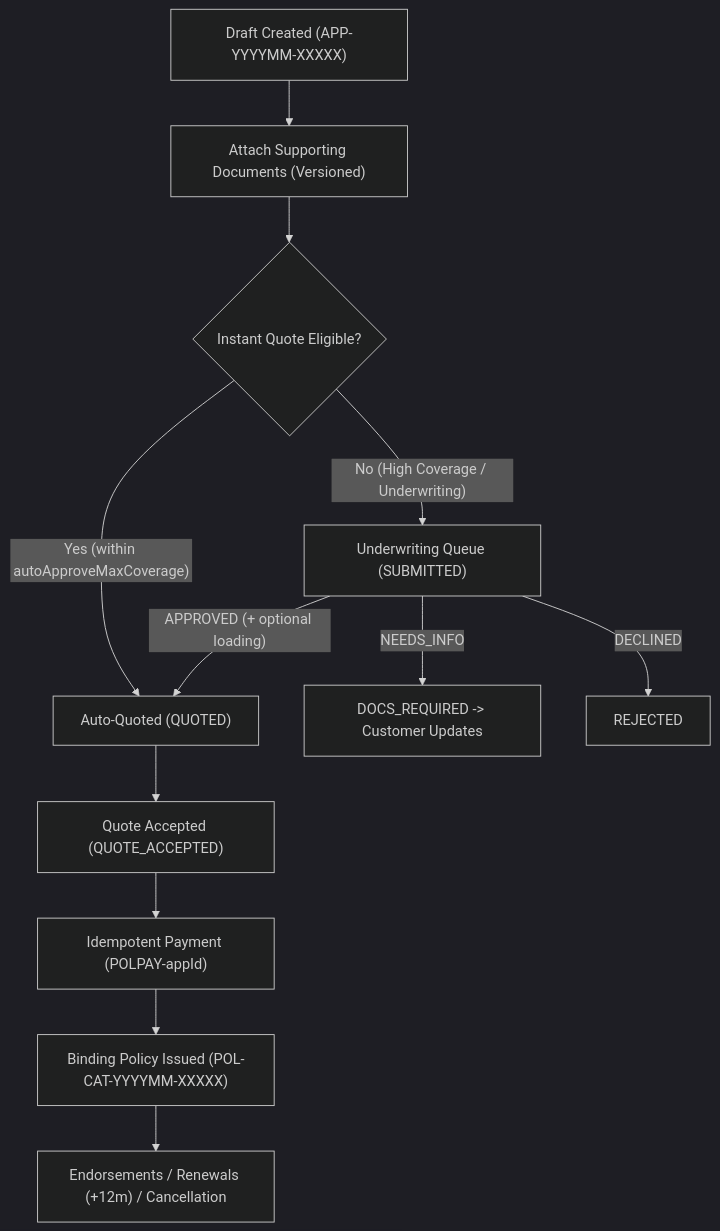
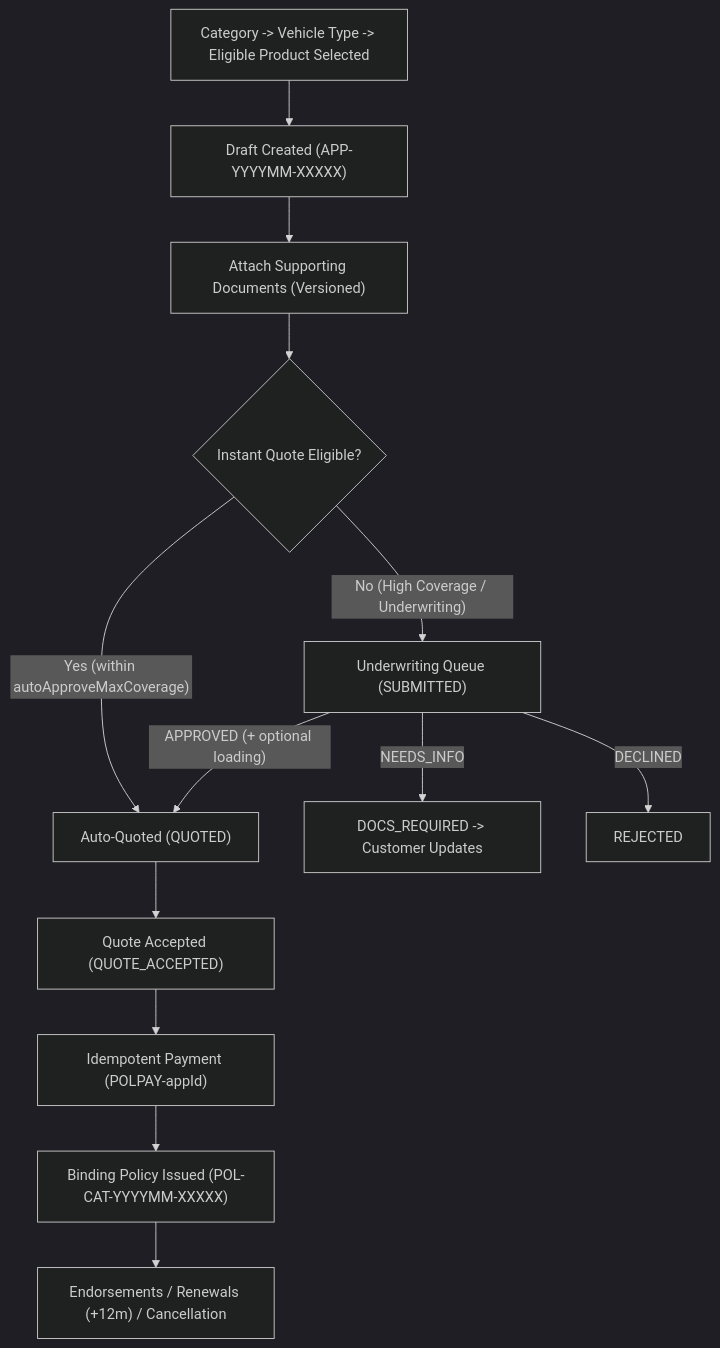
The third of 3 diagrams in docs/ARCHITECTURE.md (Bansi1510/OmniClaim), drawn with Mermaid (dark theme) before and after one commit. The commit also changed other lines of this file and 24 other files, not shown here.

````diff
--- a/docs/ARCHITECTURE.md
+++ b/docs/ARCHITECTURE.md
@@ -68,14 +91,15 @@
 ```mermaid
 flowchart TD
-    A["Draft Created (APP-YYYYMM-XXXXX)"] --> B["Attach Supporting Documents (Versioned)"]
-    B --> C{"Instant Quote Eligible?"}
-    C -->|"Yes (within autoApproveMaxCoverage)"| D["Auto-Quoted (QUOTED)"]
-    C -->|"No (High Coverage / Underwriting)"| E["Underwriting Queue (SUBMITTED)"]
-    E -->|"APPROVED (+ optional loading)"| D
-    E -->|"NEEDS_INFO"| F["DOCS_REQUIRED -> Customer Updates"]
-    E -->|"DECLINED"| G["REJECTED"]
-    D --> H["Quote Accepted (QUOTE_ACCEPTED)"]
-    H --> I["Idempotent Payment (POLPAY-appId)"]
-    I --> J["Binding Policy Issued (POL-CAT-YYYYMM-XXXXX)"]
-    J --> K["Endorsements / Renewals (+12m) / Cancellation"]
+    A["Category -> Vehicle Type -> Eligible Product Selected"] --> B["Draft Created (APP-YYYYMM-XXXXX)"]
+    B --> C["Attach Supporting Documents (Versioned)"]
+    C --> D{"Instant Quote Eligible?"}
+    D -->|"Yes (within autoApproveMaxCoverage)"| E["Auto-Quoted (QUOTED)"]
+    D -->|"No (High Coverage / Underwriting)"| F["Underwriting Queue (SUBMITTED)"]
+    F -->|"APPROVED (+ optional loading)"| E
+    F -->|"NEEDS_INFO"| G["DOCS_REQUIRED -> Customer Updates"]
+    F -->|"DECLINED"| H["REJECTED"]
+    E --> I["Quote Accepted (QUOTE_ACCEPTED)"]
+    I --> J["Idempotent Payment (POLPAY-appId)"]
+    J --> K["Binding Policy Issued (POL-CAT-YYYYMM-XXXXX)"]
+    K --> L["Endorsements / Renewals (+12m) / Cancellation"]
 ```
````
